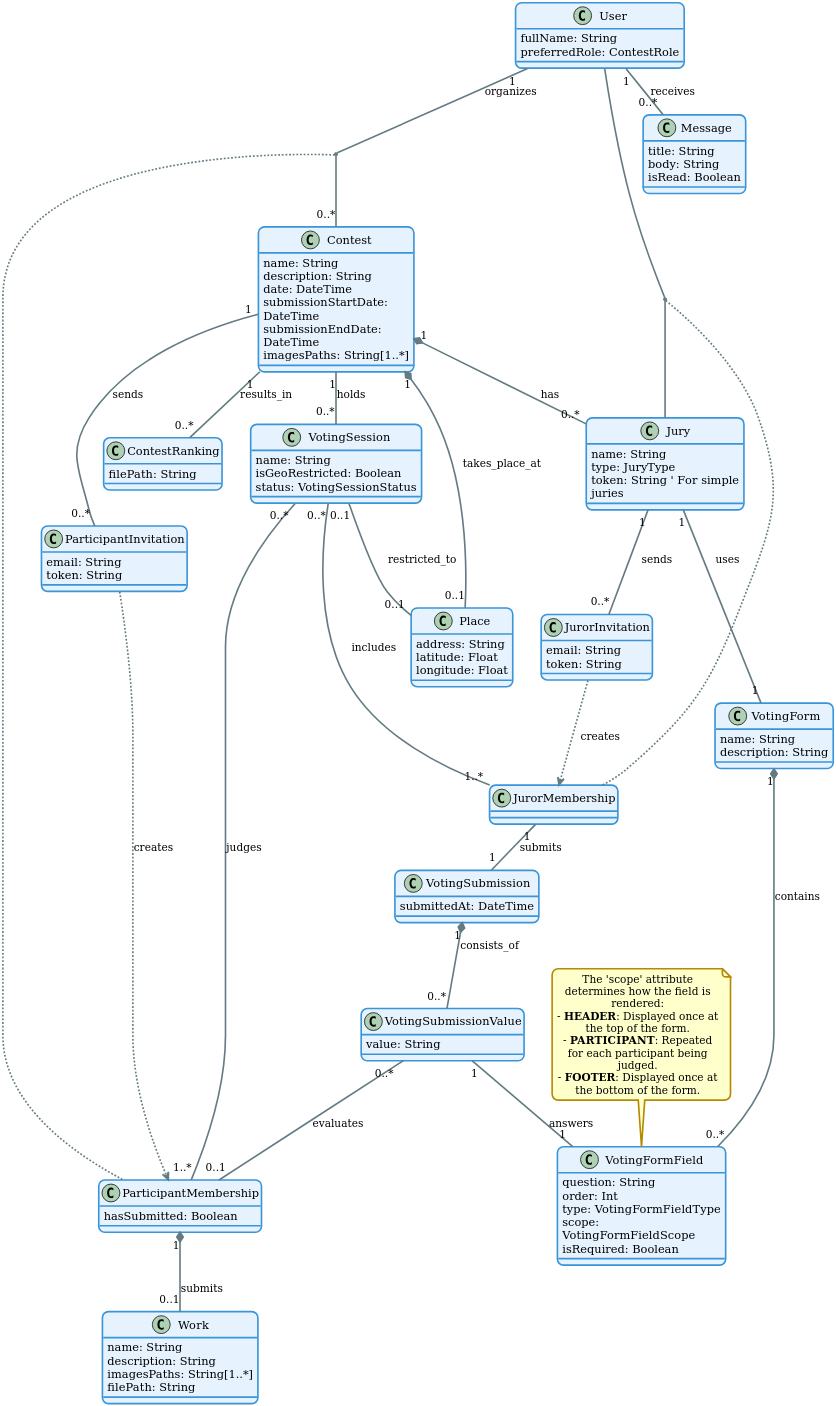
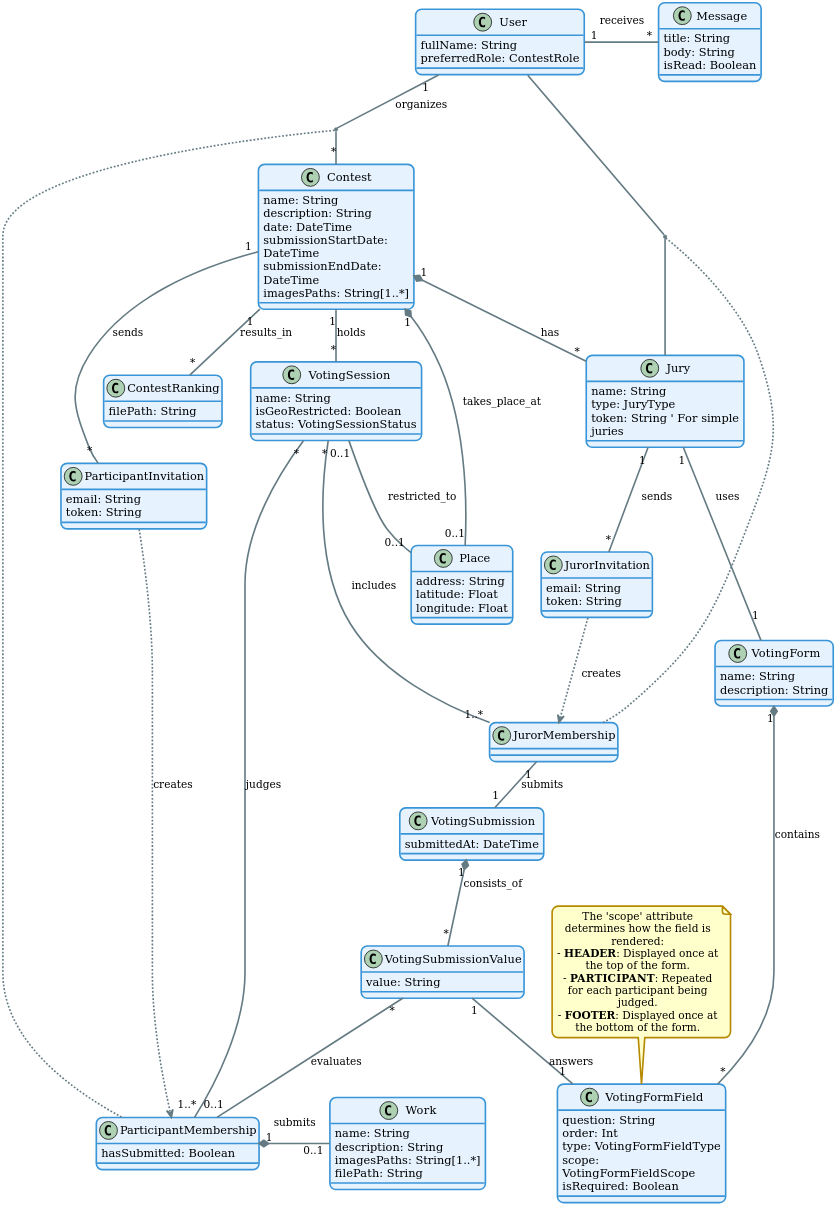
The diagram in thesis/diagrams/src/class-diagram.puml (TMoretta/Swift-Contest), drawn with PlantUML before and after one commit. The commit also changed 19 other files, not shown here.

```diff
--- a/thesis/diagrams/src/class-diagram.puml
+++ b/thesis/diagrams/src/class-diagram.puml
@@ -1,156 +1,156 @@
 @startuml
 
 !theme sunlust
 skinparam dpi 300
 top to bottom direction
 skinparam backgroundColor transparent
 skinparam actorStyle awesome
 skinparam shadowing false
 skinparam ranksep 40
 
 skinparam class {
   backgroundColor #E6F3FF
   borderColor #3995D7
 }
 
 ' =======================================
 ' Definizione delle Classi
 ' =======================================
 
 class User {
   fullName: String
   preferredRole: ContestRole
 }
 
 class Message {
   title: String
   body: String
   isRead: Boolean
 }
 
 class Contest {
   name: String
   description: String
   date: DateTime
   submissionStartDate: DateTime
   submissionEndDate: DateTime
   imagesPaths: String[1..*]
 }
 
 class Place {
   address: String
   latitude: Float
   longitude: Float
 }
 
 class Work {
   name: String
   description: String
   imagesPaths: String[1..*]
   filePath: String
 }
 
 class Jury {
   name: String
   type: JuryType
   token: String ' For simple juries
 }
 
 class VotingForm {
   name: String
   description: String
 }
 
 class VotingFormField {
   question: String
   order: Int
   type: VotingFormFieldType
   scope: VotingFormFieldScope
   isRequired: Boolean
 }
 
 class VotingSession {
   name: String
   isGeoRestricted: Boolean
   status: VotingSessionStatus
 }
 
 class ContestRanking {
   filePath: String
 }
 
 class VotingSubmission {
   submittedAt: DateTime
 }
 
 class VotingSubmissionValue {
   value: String
 }
 
 ' --- Classi di Associazione e Invito ---
 class ParticipantMembership {
   hasSubmitted: Boolean
 }
 
 class JurorMembership {
 }
 
 class ParticipantInvitation {
   email: String
   token: String
 }
 
 class JurorInvitation {
   email: String
   token: String
 }
 
 ' --- Nota Esplicativa per la logica dello Scope ---
 note "The 'scope' attribute determines how the field is rendered:\n- **HEADER**: Displayed once at the top of the form.\n- **PARTICIPANT**: Repeated for each participant being judged.\n- **FOOTER**: Displayed once at the bottom of the form." as NOTE_VotingFormField
 NOTE_VotingFormField .- VotingFormField
 
 ' =======================================
 ' Definizione delle Relazioni
 ' =======================================
 
 ' --- Relazioni Principali ---
-User "1" -- "0..*" Message : receives
-User "1" -- "0..*" Contest : organizes
+User "1" -r- "*" Message : receives\n
+User "1" -- "*" Contest : organizes
 
 ' MODIFICA: Usata la composizione
 Contest "1" *-- "0..1" Place : takes_place_at
-Contest "1" *-- "0..*" Jury : has
-Contest "1" -- "0..*" ContestRanking : results_in
-Contest "1" -- "0..*" VotingSession : holds
+Contest "1" *-- "*" Jury : has
+Contest "1" -- "*" ContestRanking : results_in
+Contest "1" -- "*" VotingSession : holds
 
 ' --- Relazioni per Inviti ---
-Contest "1" -- "0..*" ParticipantInvitation : sends
-Jury "1" -- "0..*" JurorInvitation : sends
+Contest "1" -- "*" ParticipantInvitation : sends
+Jury "1" -- "*" JurorInvitation : sends
 ParticipantInvitation ..> ParticipantMembership : creates
 JurorInvitation ..> JurorMembership : creates
 
 ' --- Relazioni per le Classi di Associazione ---
 (User, Contest) .. ParticipantMembership
 (User, Jury) .. JurorMembership
 
 ' MODIFICA: Usata la composizione
-ParticipantMembership "1" *-- "0..1" Work : submits
+ParticipantMembership "1" *-r- "0..1" Work : submits\n
 
 ' --- Relazioni per il Processo di Voto ---
-Jury "1" -- "1" VotingForm : uses
-VotingForm "1" *-- "0..*" VotingFormField : contains
+Jury "1\n" -- "1\n" VotingForm : uses
+VotingForm "1" *-- "*" VotingFormField : contains
 
 VotingSession "0..1" -- "0..1" Place : restricted_to
 
 ' --- Relazioni Molti-a-Molti per le Sessioni ---
-VotingSession "0..*" -- "1..*" JurorMembership : includes
-VotingSession "0..*" -- "1..*" ParticipantMembership : judges
+VotingSession "*" -- "1..*" JurorMembership : includes
+VotingSession "*" -- "1..*" ParticipantMembership : judges
 
 ' --- Relazioni per la Sottomissione dei Voti ---
 JurorMembership "1" -- "1" VotingSubmission : submits
 ' MODIFICA: Usata la composizione
-VotingSubmission "1" *-- "0..*" VotingSubmissionValue : consists_of
+VotingSubmission "1" *-- "*" VotingSubmissionValue : consists_of
 VotingSubmissionValue "1" -- "1" VotingFormField : answers
-VotingSubmissionValue "0..*" -- "0..1" ParticipantMembership : evaluates
+VotingSubmissionValue "*" -- "0..1" ParticipantMembership : evaluates
 
 @enduml
```
